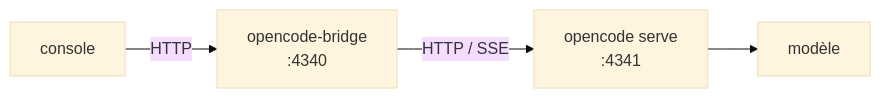
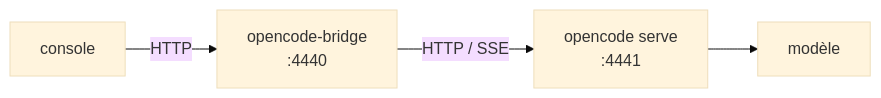
One commit to xavdp-pro/SHAPER-OS-V1.14 changed the diagram in software/packages/pkg-opencode-server/README.md. Above: the diagram before and after it, drawn with Mermaid (base theme). The commit also changed other lines of this file and 39 other files, not shown here.

````diff
--- a/software/packages/pkg-opencode-server/README.md
+++ b/software/packages/pkg-opencode-server/README.md
@@ -18,6 +18,6 @@
 ```mermaid
 flowchart LR
-    console["console"] -- HTTP --> bridge["opencode-bridge<br/>:4340"]
-    bridge -- "HTTP / SSE" --> serve["opencode serve<br/>:4341"]
+    console["console"] -- HTTP --> bridge["opencode-bridge<br/>:4440"]
+    bridge -- "HTTP / SSE" --> serve["opencode serve<br/>:4441"]
     serve --> model["modèle"]
 ```
````
